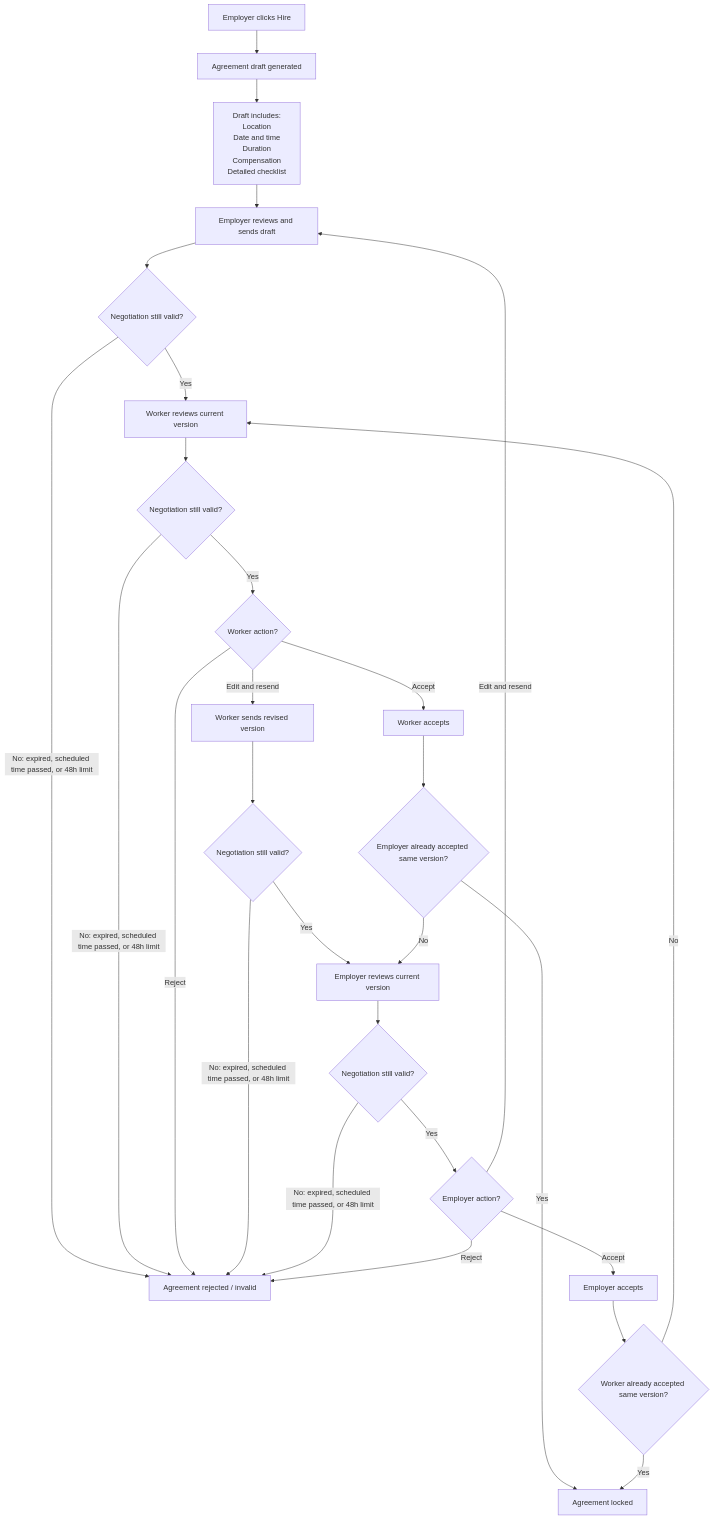
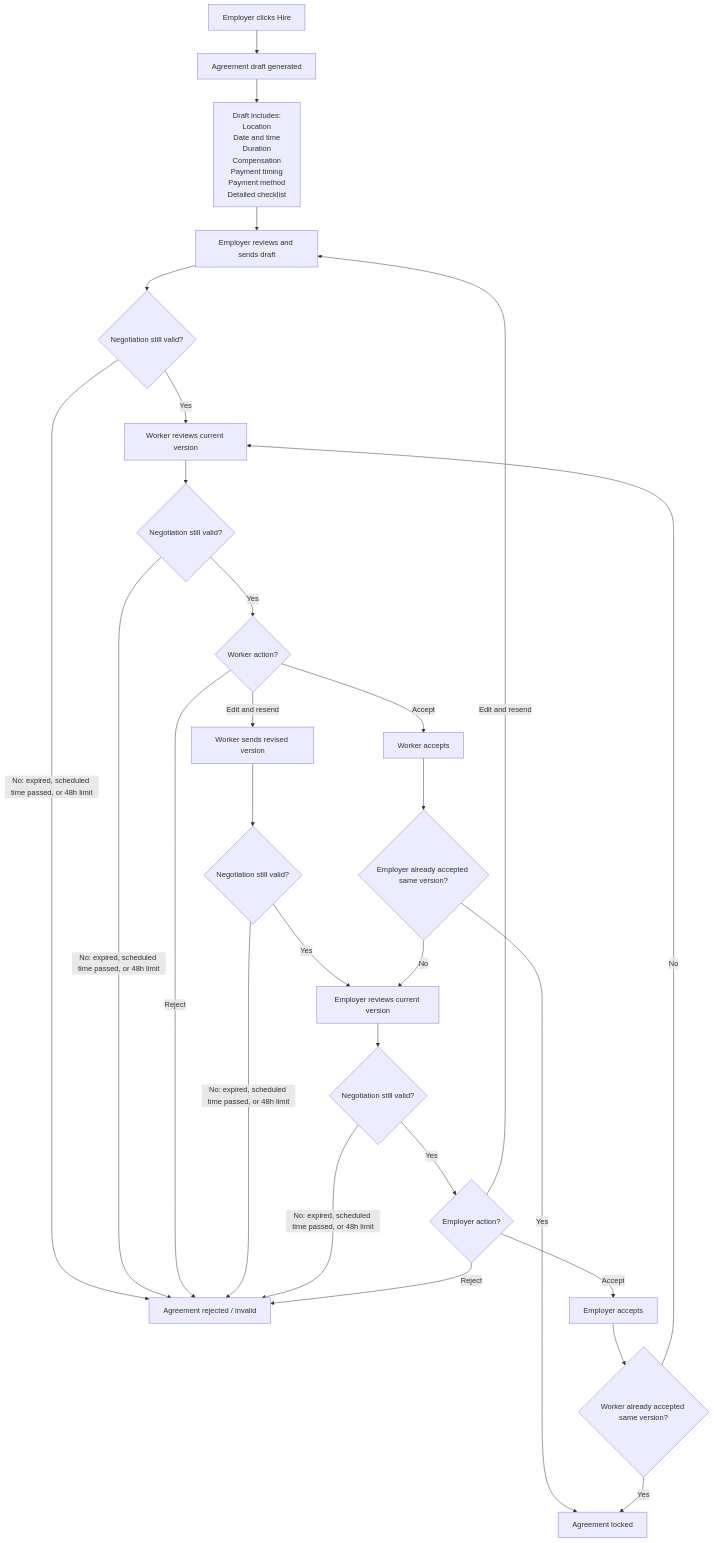
Before and after one commit to janiluuk/giggi: the diagram in docs/journeys/agreement-negotiation.md, drawn with Mermaid. The commit also changed other lines of this file and 12 other files, not shown here.

````diff
--- a/docs/journeys/agreement-negotiation.md
+++ b/docs/journeys/agreement-negotiation.md
@@ -5,39 +5,39 @@
 ```mermaid
 flowchart TD
     A[Employer clicks Hire] --> B[Agreement draft generated]
-    B --> C["Draft includes:<br/>Location<br/>Date and time<br/>Duration<br/>Compensation<br/>Detailed checklist"]
+    B --> C["Draft includes:<br/>Location<br/>Date and time<br/>Duration<br/>Compensation<br/>Payment timing<br/>Payment method<br/>Detailed checklist"]
 
     C --> D[Employer reviews and sends draft]
     D --> TD{Negotiation still valid?}
     TD -->|"No: expired, scheduled time passed, or 48h limit"| X[Agreement rejected / invalid]
     TD -->|Yes| E[Worker reviews current version]
 
     E --> TE{Negotiation still valid?}
     TE -->|"No: expired, scheduled time passed, or 48h limit"| X
     TE -->|Yes| F{Worker action?}
 
     F -->|Accept| G[Worker accepts]
     F -->|Edit and resend| H[Worker sends revised version]
     F -->|Reject| X
 
     H --> TH{Negotiation still valid?}
     TH -->|"No: expired, scheduled time passed, or 48h limit"| X
     TH -->|Yes| I[Employer reviews current version]
 
     I --> TI{Negotiation still valid?}
     TI -->|"No: expired, scheduled time passed, or 48h limit"| X
     TI -->|Yes| J{Employer action?}
 
     J -->|Accept| K[Employer accepts]
     J -->|Edit and resend| D
     J -->|Reject| X
 
     G --> L{Employer already accepted same version?}
     K --> M{Worker already accepted same version?}
 
     L -->|Yes| N[Agreement locked]
     L -->|No| I
 
     M -->|Yes| N
     M -->|No| E
 ```
````
